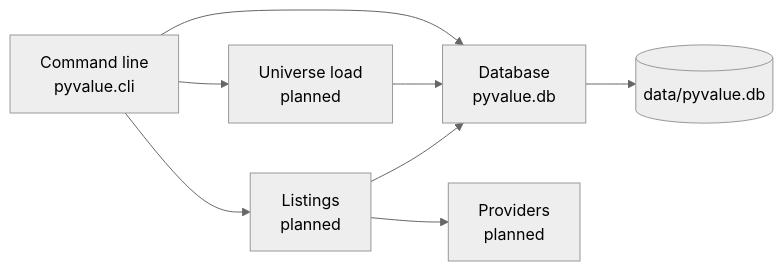
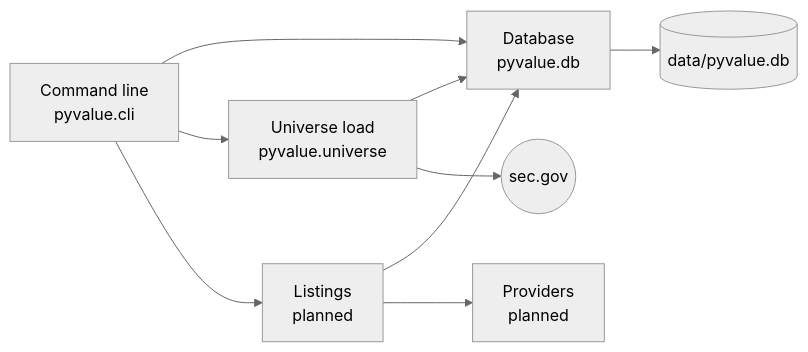
Before and after one commit to emretezel/pyvalue-next: the diagram in docs/architecture.md, drawn with Mermaid (neutral theme). The commit also changed other lines of this file and 52 other files, not shown here.

First line of the commit message:
universe: add `pyvalue universe load`, repositories and the unit of work

````diff
--- a/docs/architecture.md
+++ b/docs/architecture.md
@@ -20,17 +21,19 @@
 ```mermaid
 flowchart LR
     cli["Command line<br/>pyvalue.cli"]
-    universe["Universe load<br/>planned"]
+    universe["Universe load<br/>pyvalue.universe"]
     listings["Listings<br/>planned"]
     providers["Providers<br/>planned"]
     db["Database<br/>pyvalue.db"]
     file[("data/pyvalue.db")]
+    sec(("sec.gov"))
 
     cli --> db
     cli --> universe
     cli --> listings
     universe --> db
+    universe --> sec
     listings --> db
     listings --> providers
     db --> file
 ```
````
